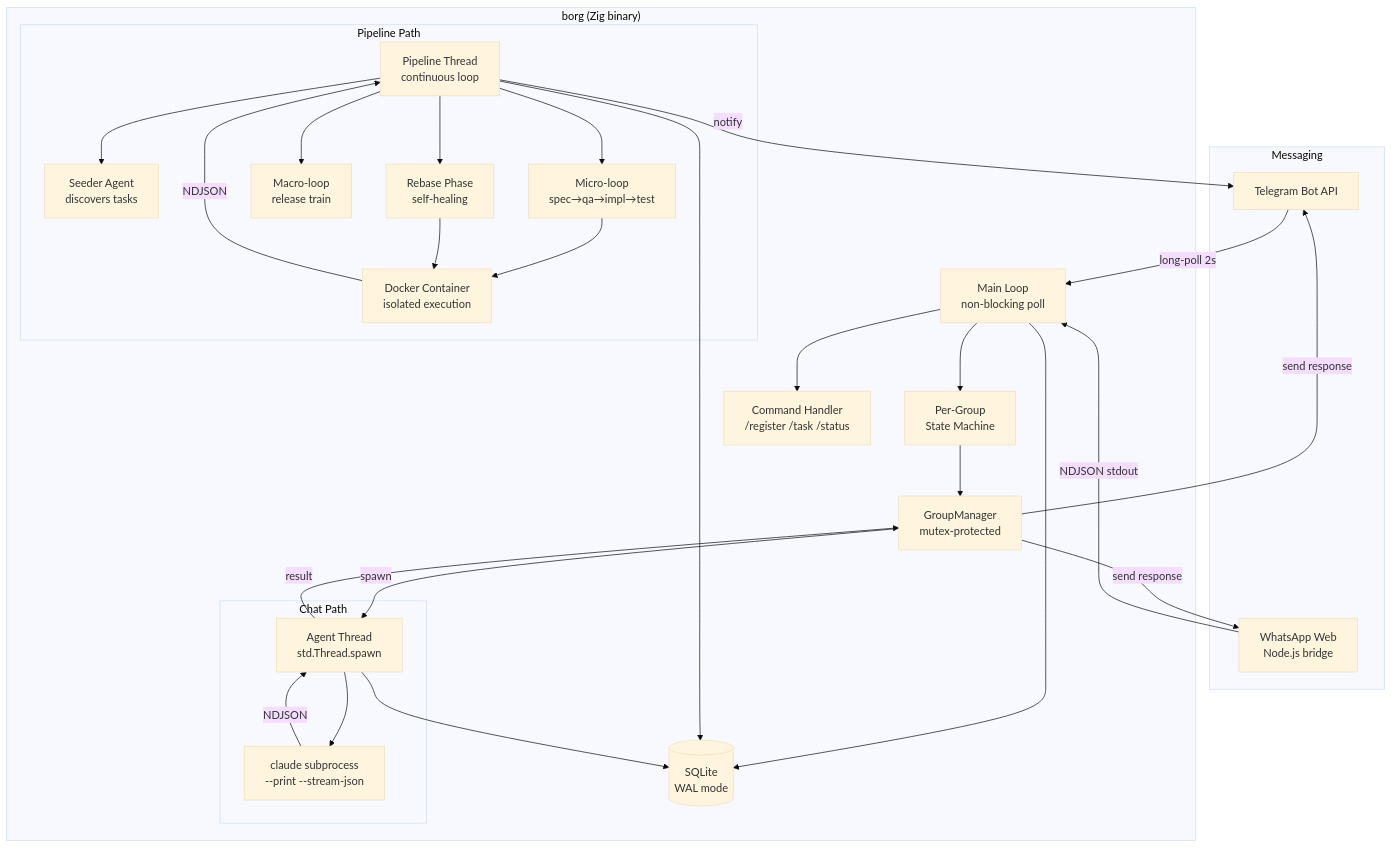
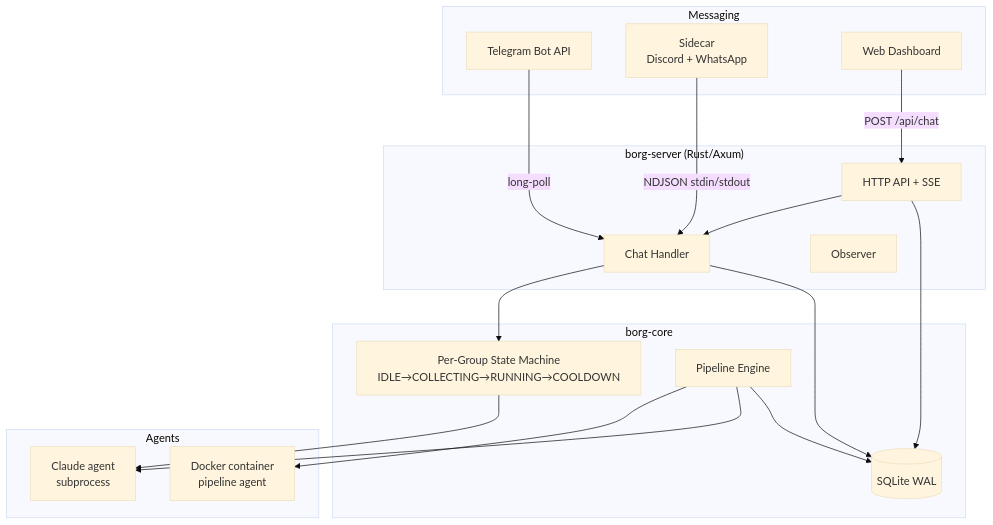
The first of 3 diagrams in ARCHITECTURE.md (borg-engine/borg), drawn with Mermaid (base theme) before and after one commit. The commit also changed other lines of this file and 16 other files, not shown here.

````diff
--- a/ARCHITECTURE.md
+++ b/ARCHITECTURE.md
@@ -7,56 +21,37 @@
 ```mermaid
 graph TB
     subgraph Messaging
         TG[Telegram Bot API]
-        WA[WhatsApp Web<br/>Node.js bridge]
+        SC[Sidecar<br/>Discord + WhatsApp]
+        WEB[Web Dashboard]
     end
 
-    subgraph "borg (Zig binary)"
-        ML[Main Loop<br/>non-blocking poll]
-        SM[Per-Group<br/>State Machine]
-        GM[GroupManager<br/>mutex-protected]
-        CMD[Command Handler<br/>/register /task /status]
-
-        subgraph "Chat Path"
-            AT[Agent Thread<br/>std.Thread.spawn]
-            CC[claude subprocess<br/>--print --stream-json]
-        end
-
-        subgraph "Pipeline Path"
-            PT[Pipeline Thread<br/>continuous loop]
-            SEED[Seeder Agent<br/>discovers tasks]
-            MICRO[Micro-loop<br/>spec→qa→impl→test]
-            MACRO[Macro-loop<br/>release train]
-            REBASE[Rebase Phase<br/>self-healing]
-            DC[Docker Container<br/>isolated execution]
-        end
-
-        DB[(SQLite<br/>WAL mode)]
+    subgraph "borg-server (Rust/Axum)"
+        HTTP[HTTP API + SSE]
+        CHAT[Chat Handler]
+        OBS[Observer]
     end
 
-    TG -->|long-poll 2s| ML
-    WA -->|NDJSON stdout| ML
-    ML --> SM
-    ML --> CMD
-    SM --> GM
-    GM -->|spawn| AT
-    AT --> CC
-    CC -->|NDJSON| AT
-    AT -->|result| GM
+    subgraph "borg-core"
+        SM[Per-Group State Machine<br/>IDLE→COLLECTING→RUNNING→COOLDOWN]
+        PL[Pipeline Engine]
+        DB[(SQLite WAL)]
+    end
 
-    PT --> SEED
-    PT --> MICRO
-    PT --> MACRO
-    PT --> REBASE
-    MICRO --> DC
-    REBASE --> DC
-    DC -->|NDJSON| PT
+    subgraph "Agents"
+        CA[Claude agent<br/>subprocess]
+        DC[Docker container<br/>pipeline agent]
+    end
 
-    ML --> DB
-    PT --> DB
-    AT --> DB
-
-    GM -->|send response| TG
-    GM -->|send response| WA
-    PT -->|notify| TG
+    TG -->|long-poll| CHAT
+    SC -->|NDJSON stdin/stdout| CHAT
+    WEB -->|POST /api/chat| HTTP
+    HTTP --> CHAT
+    CHAT --> SM
+    SM --> CA
+    PL --> DC
+    PL --> CA
+    CHAT --> DB
+    PL --> DB
+    HTTP --> DB
 ```
````
